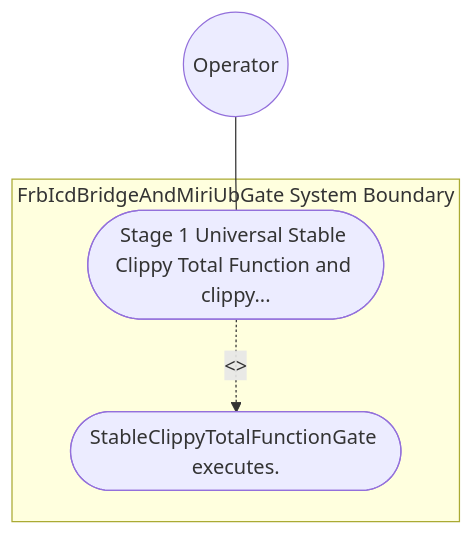
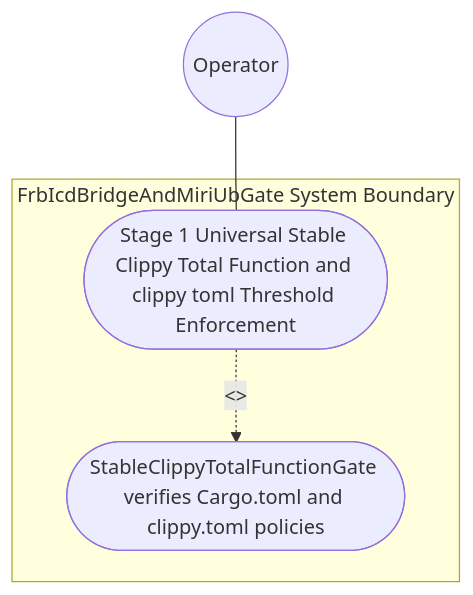
Before and after one commit to gintatkinson/DEAP01-spec-core: the first of 2 diagrams in .pipeline/upstream/docs/use-cases/UC-45-Stage_1_Universal_Stable_Clippy_Total_Function_and_clippy_toml_Threshold_Enforcement.md, drawn with Mermaid. The commit also changed other lines of this file and 225 other files, not shown here.

````diff
--- a/.pipeline/upstream/docs/use-cases/UC-45-Stage_1_Universal_Stable_Clippy_Total_Function_and_clippy_toml_Threshold_Enforcement.md
+++ b/.pipeline/upstream/docs/use-cases/UC-45-Stage_1_Universal_Stable_Clippy_Total_Function_and_clippy_toml_Threshold_Enforcement.md
@@ -16,9 +19,9 @@
 ```mermaid
 graph TD
     subgraph "FrbIcdBridgeAndMiriUbGate System Boundary"
-        UC_Main(["Stage 1 Universal Stable Clippy Total Function and clippy..."])
-        UC_Step01(["StableClippyTotalFunctionGate executes."])
+        UC_Main(["Stage 1 Universal Stable Clippy Total Function and clippy toml Threshold Enforcement"])
+        UC_Step01(["StableClippyTotalFunctionGate verifies Cargo.toml and clippy.toml policies"])
     end
     Operator(("Operator")) --- UC_Main
     UC_Main -. "<<include>>" .-> UC_Step01
 ```
````
